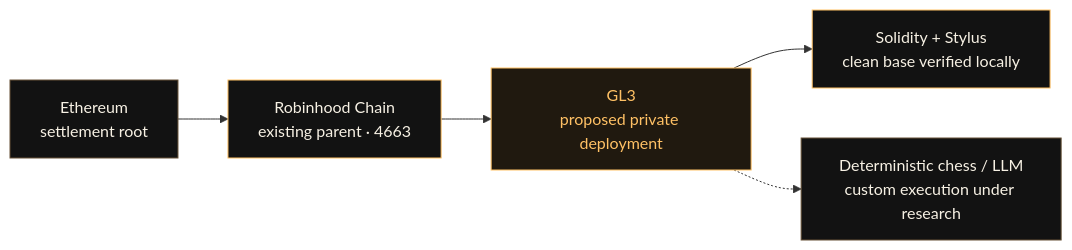
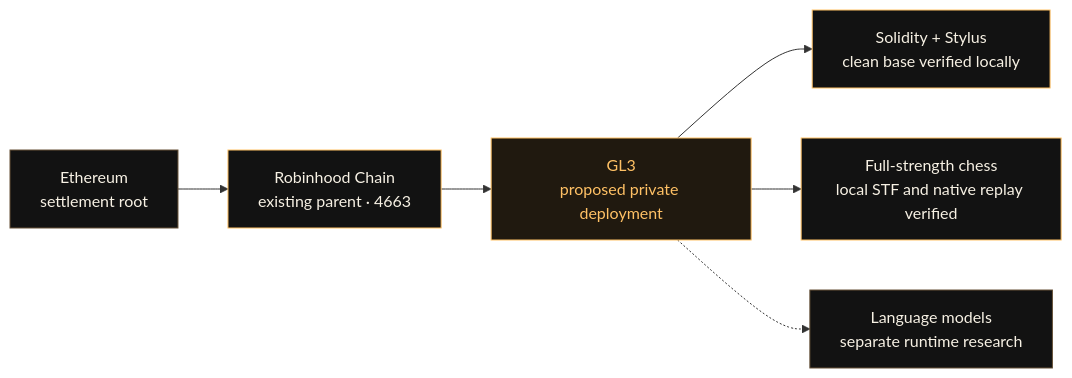
The diagram in README.md (Gh0stllm/GH0ST), drawn with Mermaid before and after one commit. The commit also changed other lines of this file and 25 other files, not shown here.

````diff
--- a/README.md
+++ b/README.md
@@ -28,12 +30,14 @@
 ```mermaid
 flowchart LR
     E["Ethereum<br/>settlement root"] --> R["Robinhood Chain<br/>existing parent · 4663"]
     R --> G["GL3<br/>proposed private deployment"]
     G --> S["Solidity + Stylus<br/>clean base verified locally"]
-    G -.-> C["Deterministic chess / LLM<br/>custom execution under research"]
+    G --> C["Full-strength chess<br/>local STF and native replay verified"]
+    G -.-> L["Language models<br/>separate runtime research"]
     style E fill:#121212,stroke:#665137,color:#f7f1e4
     style R fill:#121212,stroke:#ffc165,color:#f7f1e4
     style G fill:#20190f,stroke:#ffc165,color:#ffc165
     style S fill:#121212,stroke:#ffc165,color:#f7f1e4
-    style C fill:#121212,stroke:#665137,color:#f7f1e4
+    style C fill:#121212,stroke:#ffc165,color:#f7f1e4
+    style L fill:#121212,stroke:#665137,color:#f7f1e4
 ```
````
